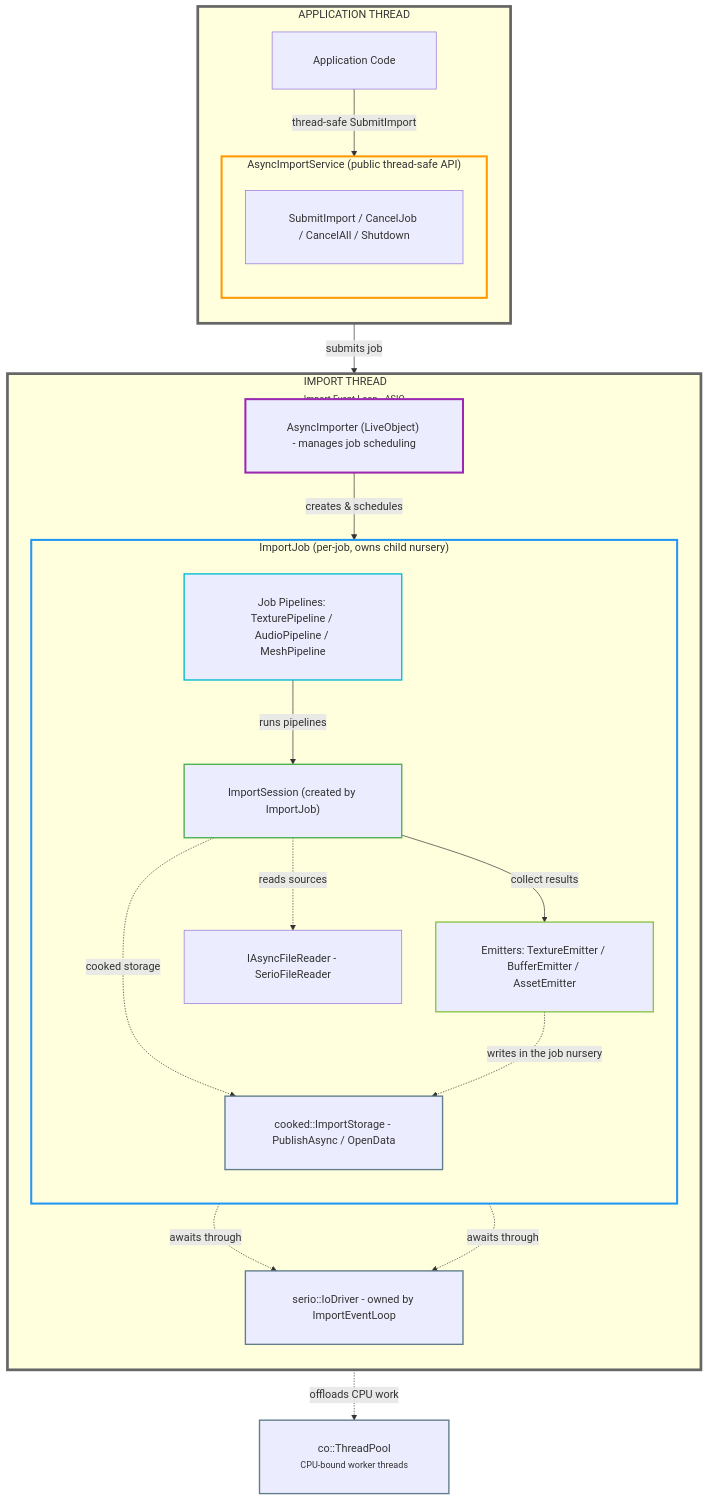
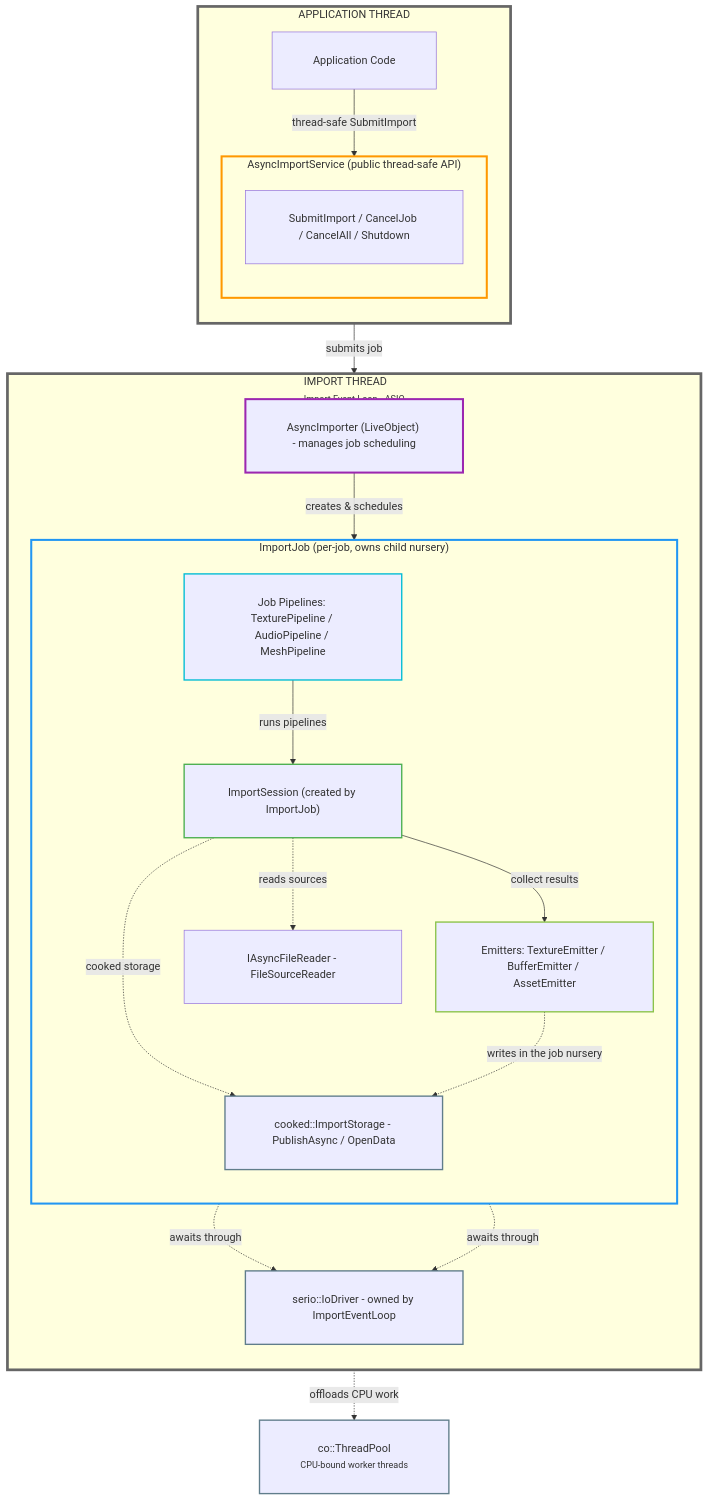
One commit to abdes/DroidNet changed the first of 2 diagrams in projects/Oxygen.Engine/src/Oxygen/Cooker/Docs/Import/async_import_pipeline_v2.md. Above: the diagram before and after it, drawn with Mermaid. The commit also changed 10 other files, not shown here.

First line of the commit message:
refactor(cooker): name the import's source reader for what it reads

````diff
--- a/projects/Oxygen.Engine/src/Oxygen/Cooker/Docs/Import/async_import_pipeline_v2.md
+++ b/projects/Oxygen.Engine/src/Oxygen/Cooker/Docs/Import/async_import_pipeline_v2.md
@@ -396,63 +396,63 @@
 ```mermaid
 %%{init: {'flowchart': {'wrap': false, 'padding': 30}}}%%
 graph TB
     subgraph AppThread["APPLICATION THREAD"]
         direction TB
         AppCode["Application Code"]
 
         subgraph AsyncService["AsyncImportService (public thread-safe API)"]
             direction TB
             API["SubmitImport / CancelJob / CancelAll / Shutdown"]
         end
 
         AppCode -->|"thread-safe SubmitImport"| AsyncService
     end
 
     subgraph ImportThread["IMPORT THREAD<br/><small>Import Event Loop - ASIO</small>"]
         direction TB
 
         AsyncImporter["AsyncImporter (LiveObject) - manages job scheduling"]
 
         subgraph JobScope["ImportJob (per-job, owns child nursery)"]
             direction TB
 
             ImportSession["ImportSession (created by ImportJob)"]
 
             JobPipelines["Job Pipelines: TexturePipeline / AudioPipeline / MeshPipeline"]
 
             Emitters["Emitters: TextureEmitter / BufferEmitter / AssetEmitter"]
 
             JobPipelines -->|"runs pipelines"| ImportSession
             ImportSession -->|"collect results"| Emitters
             ImportSession -.->|"reads sources"| AsyncFileReader
             ImportSession -.->|"cooked storage"| ImportStorage
         end
 
         IoDriver["serio::IoDriver - owned by ImportEventLoop"]
         ImportStorage["cooked::ImportStorage - PublishAsync / OpenData"]
-        AsyncFileReader["IAsyncFileReader - SerioFileReader"]
+        AsyncFileReader["IAsyncFileReader - FileSourceReader"]
 
         AsyncImporter -->|"creates & schedules"| JobScope
         Emitters -.->|"writes in the job nursery"| ImportStorage
         ImportStorage -.->|"awaits through"| IoDriver
         AsyncFileReader -.->|"awaits through"| IoDriver
     end
 
     ThreadPool["co::ThreadPool<br/><small>CPU-bound worker threads</small>"]
 
     AsyncService -->|"submits job"| AsyncImporter
     %% Callbacks are invoked on the import thread; UI marshalling is optional.
     JobPipelines -.->|"offloads CPU work"| ThreadPool
 
     style AppThread stroke:#666,stroke-width:4px
     style ImportThread stroke:#666,stroke-width:4px
     style AsyncService stroke:#ff9800,stroke-width:3px
     style AsyncImporter stroke:#9c27b0,stroke-width:3px
     style JobScope stroke:#2196f3,stroke-width:3px
     style ImportSession stroke:#4caf50,stroke-width:2px
     style JobPipelines stroke:#00bcd4,stroke-width:2px
     style Emitters stroke:#8bc34a,stroke-width:2px
     style ThreadPool stroke:#607d8b,stroke-width:2px
     style IoDriver stroke:#607d8b,stroke-width:2px
     style ImportStorage stroke:#607d8b,stroke-width:2px
 ```
````
